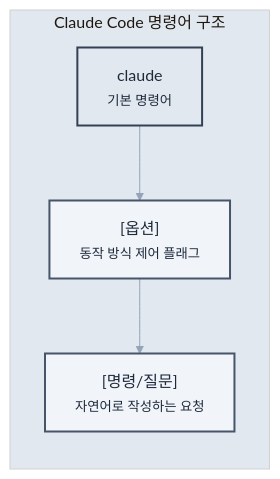
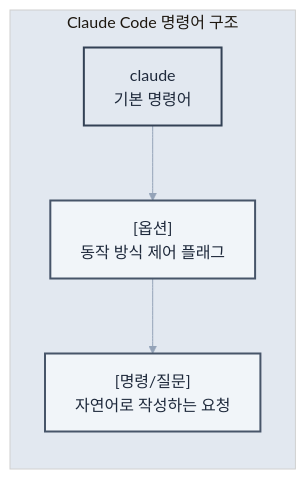
The second of 5 diagrams in book/03-chapter3.md (revfactory/claude-code-mastering), drawn with Mermaid before and after one commit. The commit also changed other lines of this file and 10 other files, not shown here.

First line of the commit message:
fix: 챕터 2-13 Mermaid 다이어그램 텍스트 렌더링 최적화

````diff
--- a/book/03-chapter3.md
+++ b/book/03-chapter3.md
@@ -27,14 +27,14 @@
 ```mermaid
 %%{init: {"theme": "base", "themeVariables": {"primaryColor": "#f8fafc", "primaryTextColor": "#1e293b", "primaryBorderColor": "#e2e8f0", "lineColor": "#94a3b8", "secondaryColor": "#f1f5f9", "tertiaryColor": "#e2e8f0"}}}%%
 graph LR
     subgraph structure ["Claude Code 명령어 구조"]
-        A["claude<br/><small>기본 명령어</small>"] --> B["[옵션]<br/><small>동작 방식 제어 플래그</small>"]
-        B --> C["[명령/질문]<br/><small>자연어로 작성하는 요청</small>"]
+        A["claude<br/>기본 명령어"] --> B["[옵션]<br/>동작 방식 제어 플래그"]
+        B --> C["[명령/질문]<br/>자연어로 작성하는 요청"]
     end
     
     classDef commandStyle fill:#e2e8f0,stroke:#334155,stroke-width:2px,color:#1e293b
     classDef optionStyle fill:#f1f5f9,stroke:#475569,stroke-width:2px,color:#1e293b
     
     class A commandStyle
     class B,C optionStyle
 ```
````
